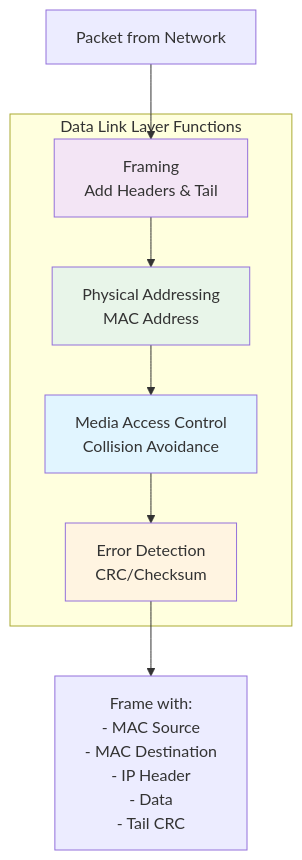
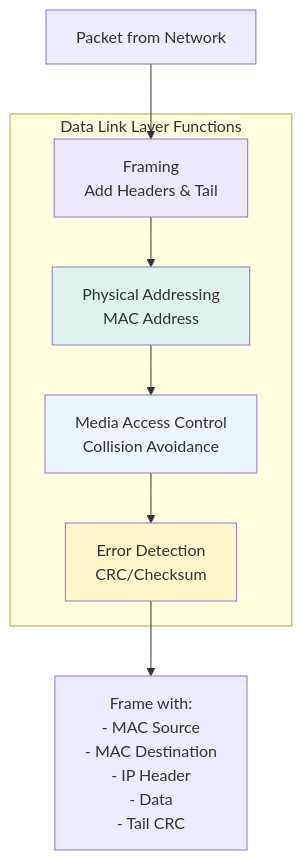
Before and after one commit to cartmancodes/InterviewVault: diagram 18 of 31 in LLD/CoreConcepts/Networking.md, drawn with Mermaid. The commit also changed other lines of this file and 679 other files, not shown here.

Commit message:
Unify content diagrams and add accessible visual walkthroughs

````diff
--- a/LLD/CoreConcepts/Networking.md
+++ b/LLD/CoreConcepts/Networking.md
@@ -750,20 +750,20 @@
 ```mermaid
 graph TB
     subgraph "Data Link Layer Functions"
         MAC[Physical Addressing<br/>MAC Address]
         ACCESS[Media Access Control<br/>Collision Avoidance]
         ERR[Error Detection<br/>CRC/Checksum]
         FRAME[Framing<br/>Add Headers & Tail]
     end
     
     PACKET[Packet from Network] --> FRAME
     FRAME --> MAC
     MAC --> ACCESS
     ACCESS --> ERR
     ERR --> FINAL[Frame with:<br/>- MAC Source<br/>- MAC Destination<br/>- IP Header<br/>- Data<br/>- Tail CRC]
     
-    style MAC fill:#e8f5e9
-    style ACCESS fill:#e1f5ff
-    style ERR fill:#fff4e1
-    style FRAME fill:#f3e5f5
+    style MAC fill:#DDF3EC
+    style ACCESS fill:#EAF5FD
+    style ERR fill:#FFF6C9
+    style FRAME fill:#EDE8FA
 ```
````
